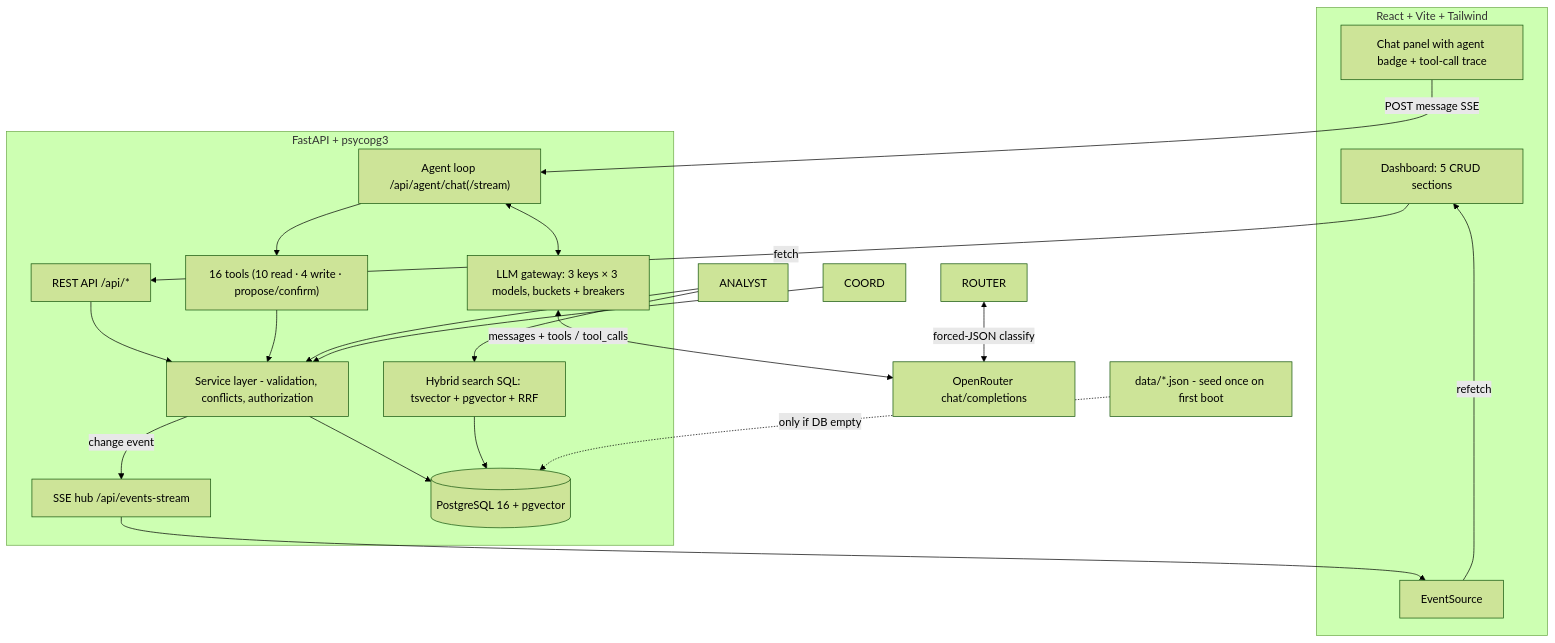
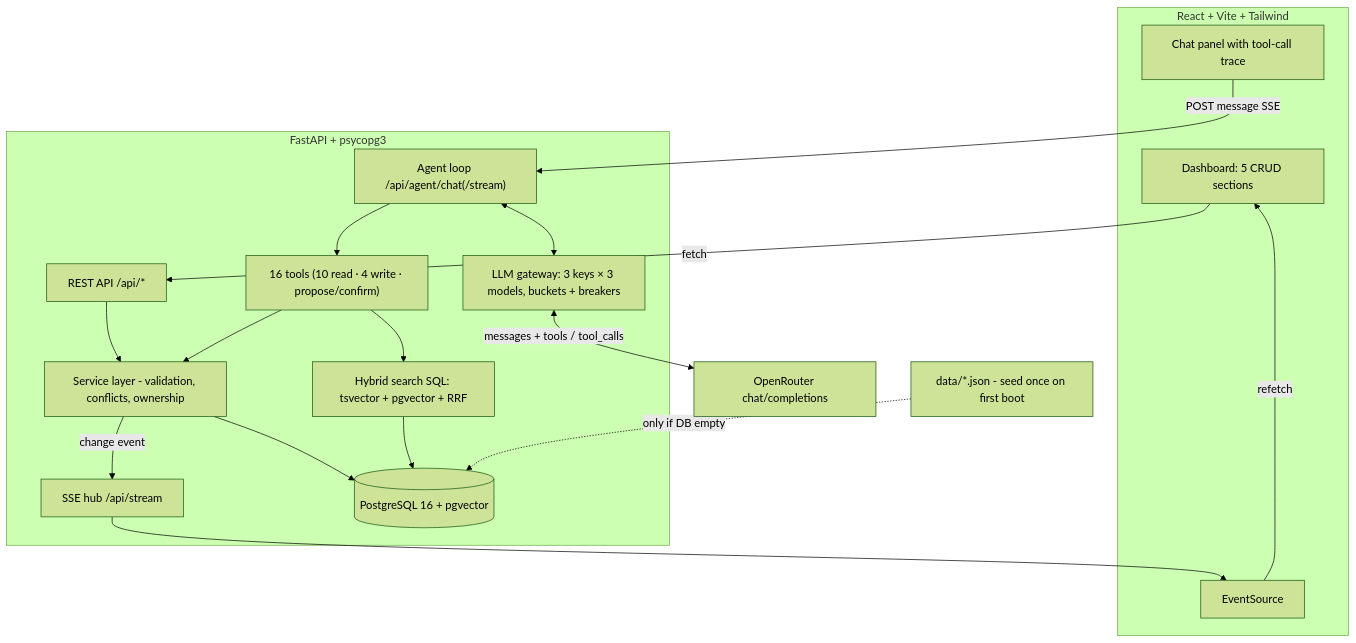
Before and after one commit to md-sazid9089/cse-carnival-8-aibuild-hackathon: the diagram in docs/ARCHITECTURE.md, drawn with Mermaid (forest theme). The commit also changed other lines of this file and 27 other files, not shown here.

First line of the commit message:
Refactor schema documentation for improved readability and consistency

````diff
--- a/docs/ARCHITECTURE.md
+++ b/docs/ARCHITECTURE.md
@@ -52,32 +52,29 @@
 ```mermaid
 flowchart TB
     subgraph Browser [React + Vite + Tailwind]
         DASH[Dashboard: 5 CRUD sections]
-        CHAT[Chat panel with agent badge + tool-call trace]
+        CHAT[Chat panel with tool-call trace]
         ES[EventSource]
     end
 
     subgraph Server [FastAPI + psycopg3]
         REST["REST API /api/*"]
         AGENT["Agent loop /api/agent/chat(/stream)"]
         GW["LLM gateway: 3 keys × 3 models, buckets + breakers"]
         TOOLS["16 tools (10 read · 4 write · propose/confirm)"]
-        SVC[Service layer - validation, conflicts, authorization]
+        SVC[Service layer - validation, conflicts, ownership]
         SEARCH[Hybrid search SQL: tsvector + pgvector + RRF]
-        SSE[SSE hub /api/events-stream]
+        SSE[SSE hub /api/stream]
         DB[(PostgreSQL 16 + pgvector)]
     end
 
     OR[OpenRouter chat/completions]
     SEED[data/*.json - seed once on first boot]
 
     DASH -->|fetch| REST --> SVC --> DB
     CHAT -->|POST message SSE| AGENT --> TOOLS --> SVC
     AGENT <--> GW <-->|"messages + tools / tool_calls"| OR
-    ROUTER <-->|forced-JSON classify| OR
-    ANALYST --> SVC
-    COORD --> SVC
-    ANALYST --> SEARCH --> DB
+    TOOLS --> SEARCH --> DB
     SVC -->|"change event"| SSE --> ES -->|refetch| DASH
     SEED -.->|only if DB empty| DB
 ```
````
